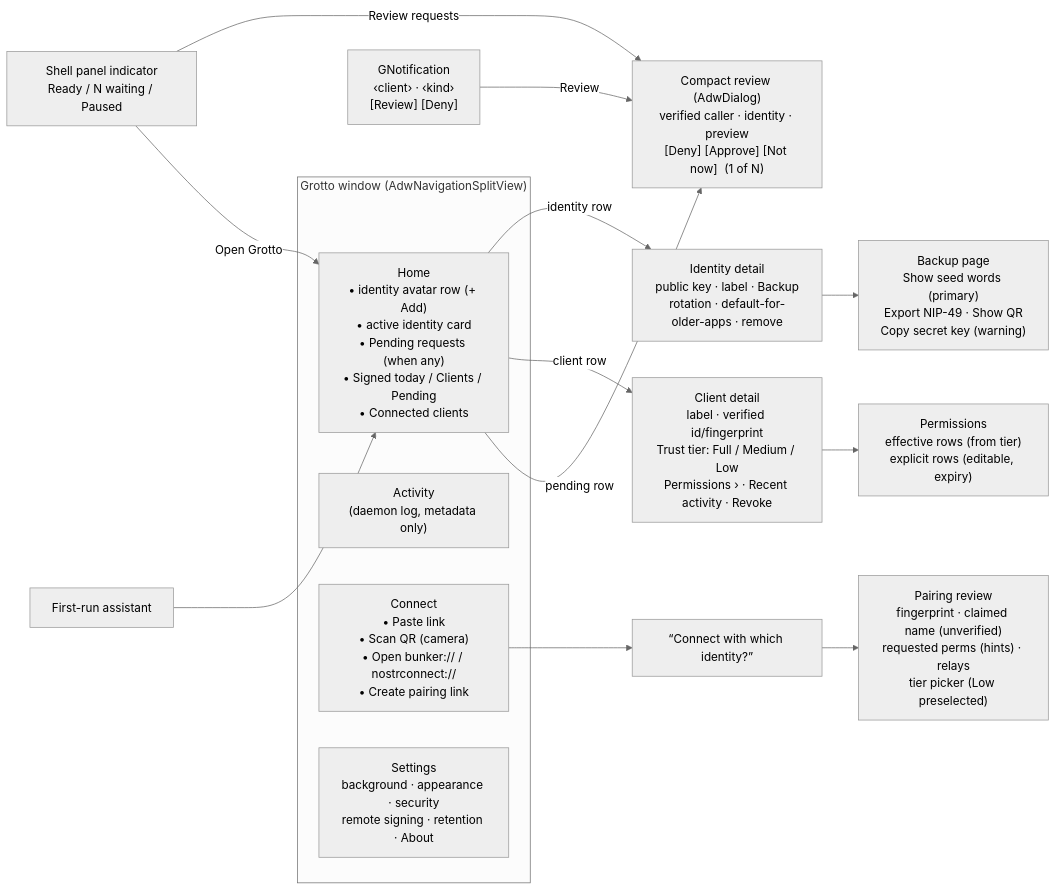
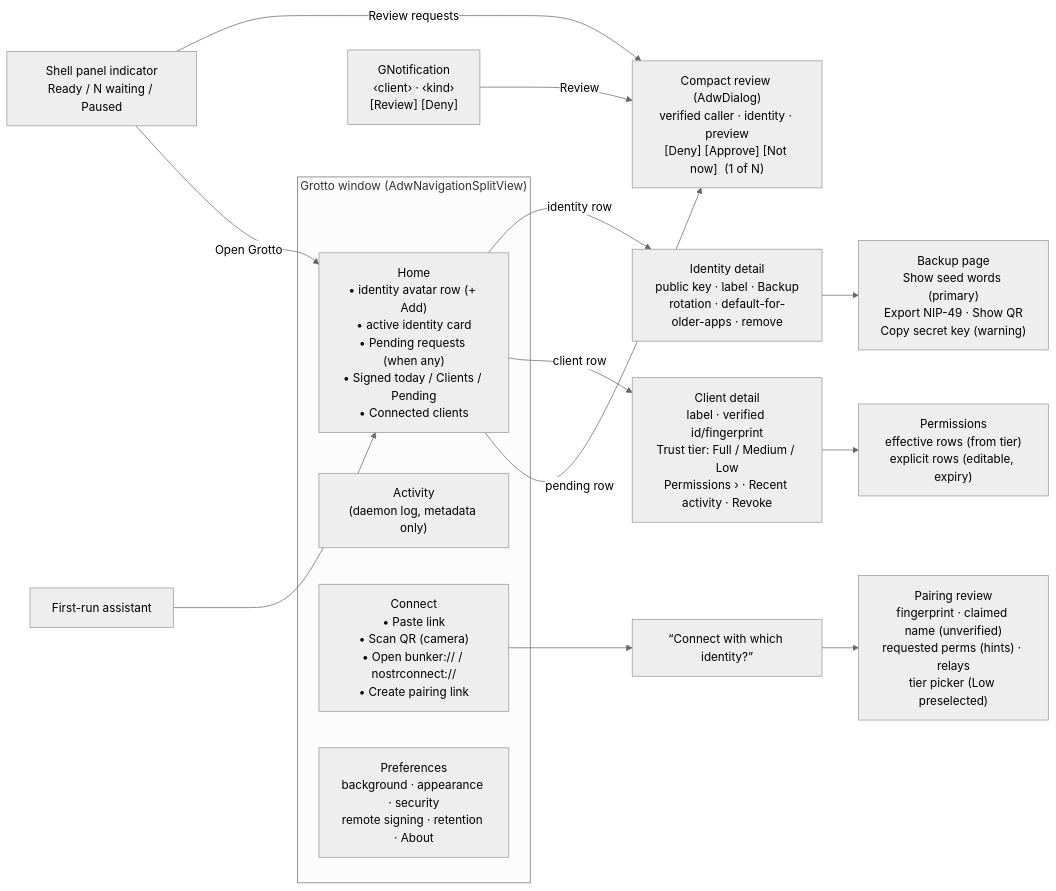
The first of 8 diagrams in docs/plans/grotto-signer-ux-2026-10-12.md (chebizarro/nostrc), drawn with Mermaid (neutral theme) before and after one commit. The commit also changed other lines of this file and 68 other files, not shown here.

````diff
--- a/docs/plans/grotto-signer-ux-2026-10-12.md
+++ b/docs/plans/grotto-signer-ux-2026-10-12.md
@@ -666,19 +666,19 @@
 ```mermaid
 flowchart LR
     subgraph Window["Grotto window (AdwNavigationSplitView)"]
         Home["Home\n• identity avatar row (+ Add)\n• active identity card\n• Pending requests (when any)\n• Signed today / Clients / Pending\n• Connected clients"]
         Activity["Activity\n(daemon log, metadata only)"]
         Connect["Connect\n• Paste link\n• Scan QR (camera)\n• Open bunker:// / nostrconnect://\n• Create pairing link"]
-        Settings["Settings\nbackground · appearance · security\nremote signing · retention · About"]
+        Settings["Preferences\nbackground · appearance · security\nremote signing · retention · About"]
     end
     Home -->|identity row| IdDetail["Identity detail\npublic key · label · Backup\nrotation · default-for-older-apps · remove"]
     IdDetail --> Backup["Backup page\nShow seed words (primary)\nExport NIP-49 · Show QR\nCopy secret key (warning)"]
     Home -->|client row| ClientDetail["Client detail\nlabel · verified id/fingerprint\nTrust tier: Full / Medium / Low\nPermissions › · Recent activity · Revoke"]
     ClientDetail --> Perms["Permissions\neffective rows (from tier)\nexplicit rows (editable, expiry)"]
     Home -->|pending row| Review
     Connect --> Chooser["“Connect with which identity?”"] --> PairReview["Pairing review\nfingerprint · claimed name (unverified)\nrequested perms (hints) · relays\ntier picker (Low preselected)"]
     Notif["GNotification\n‹client› · ‹kind›\n[Review] [Deny]"] -->|Review| Review["Compact review (AdwDialog)\nverified caller · identity · preview\n[Deny] [Approve] [Not now]  (1 of N)"]
     Shell["Shell panel indicator\nReady / N waiting / Paused"] -->|Review requests| Review
     Shell -->|Open Grotto| Home
     Onb["First-run assistant"] --> Home
 ```
````
